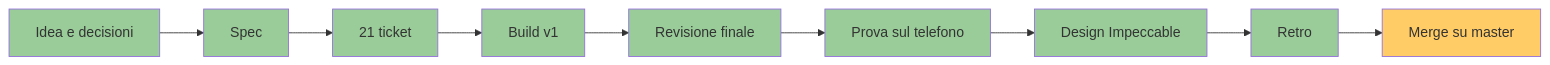
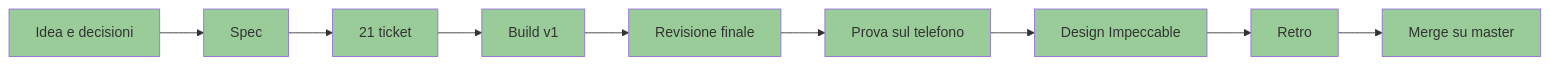
The diagram in docs/roadmap.md (FriendlyButFire/guardaroba), drawn with Mermaid before and after one commit. The commit also changed other lines of this file, not shown here.

Commit message:
docs(roadmap): v1 merged into master

````diff
--- a/docs/roadmap.md
+++ b/docs/roadmap.md
@@ -7,13 +7,13 @@
 ```mermaid
 flowchart LR
   A[Idea e decisioni] --> B[Spec] --> C[21 ticket] --> D[Build v1] --> E[Revisione finale] --> F[Prova sul telefono] --> G[Design Impeccable] --> H[Retro] --> I[Merge su master]
   style A fill:#9c9
   style B fill:#9c9
   style C fill:#9c9
   style D fill:#9c9
   style E fill:#9c9
   style F fill:#9c9
   style G fill:#9c9
   style H fill:#9c9
-  style I fill:#fc6
+  style I fill:#9c9
 ```
````
